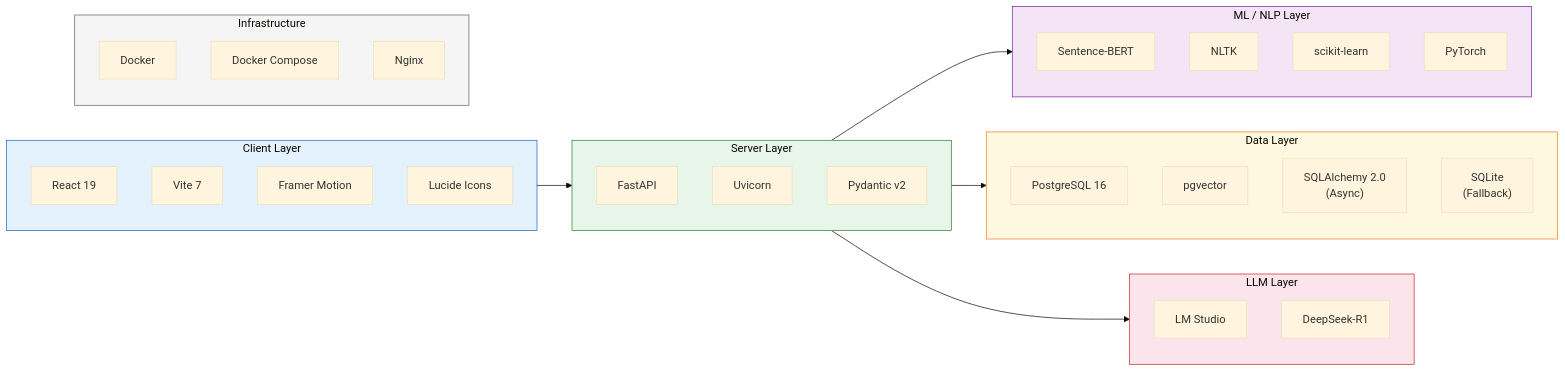
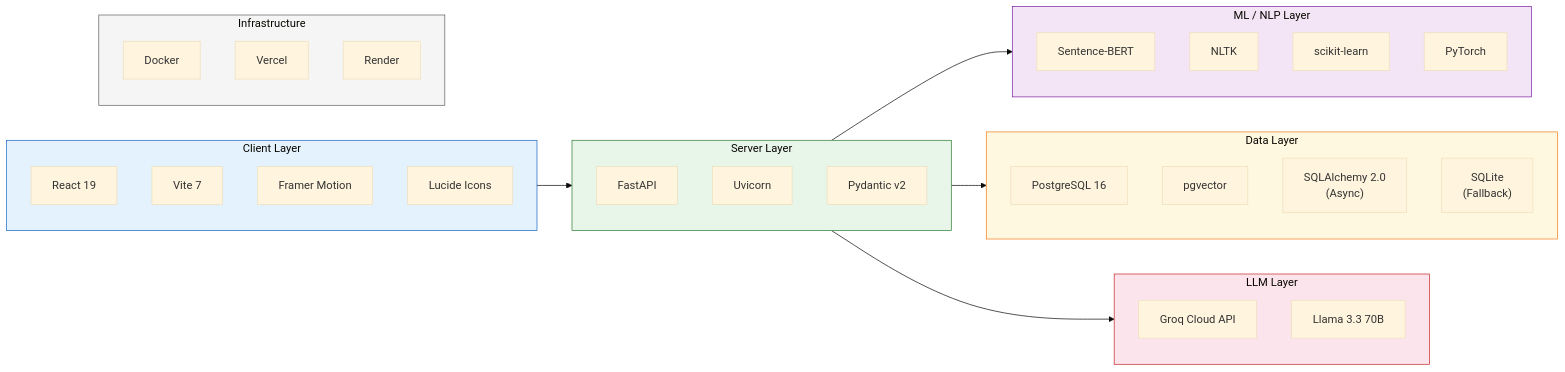
Before and after one commit to RKG765/Resume-Job-Matching-System: the fourth of 5 diagrams in README.md, drawn with Mermaid (base theme). The commit also changed other lines of this file and 18 other files, not shown here.

````diff
--- a/README.md
+++ b/README.md
@@ -188,51 +191,51 @@
 ```mermaid
 graph LR
     subgraph Client["Client Layer"]
         REACT["React 19"]
         VITE["Vite 7"]
         FRAMER["Framer Motion"]
         LUCIDE["Lucide Icons"]
     end
 
     subgraph Server["Server Layer"]
         FASTAPI["FastAPI"]
         UVICORN["Uvicorn"]
         PYDANTIC["Pydantic v2"]
     end
 
     subgraph ML["ML / NLP Layer"]
         SBERT["Sentence-BERT"]
         NLTK["NLTK"]
         SKLEARN["scikit-learn"]
         TORCH["PyTorch"]
     end
 
     subgraph DB["Data Layer"]
         POSTGRES["PostgreSQL 16"]
         PGVECTOR["pgvector"]
         SQLALCHEMY["SQLAlchemy 2.0<br/>(Async)"]
         SQLITE_DB["SQLite<br/>(Fallback)"]
     end
 
     subgraph LLM_EXT["LLM Layer"]
-        LM["LM Studio"]
-        DEEPSEEK["DeepSeek-R1"]
+        GROQ_C["Groq Cloud API"]
+        LLAMA["Llama 3.3 70B"]
     end
 
     subgraph Infra["Infrastructure"]
         DOCKER["Docker"]
-        COMPOSE["Docker Compose"]
-        NGINX["Nginx"]
+        VERCEL["Vercel"]
+        RENDER["Render"]
     end
 
     Client --> Server --> ML
     Server --> DB
     Server --> LLM_EXT
 
     style Client fill:#e3f2fd,stroke:#1565C0
     style Server fill:#e8f5e9,stroke:#2E7D32
     style ML fill:#f3e5f5,stroke:#7B1FA2
     style DB fill:#fff8e1,stroke:#F57F17
     style LLM_EXT fill:#fce4ec,stroke:#C62828
     style Infra fill:#f5f5f5,stroke:#616161
 ```
````
